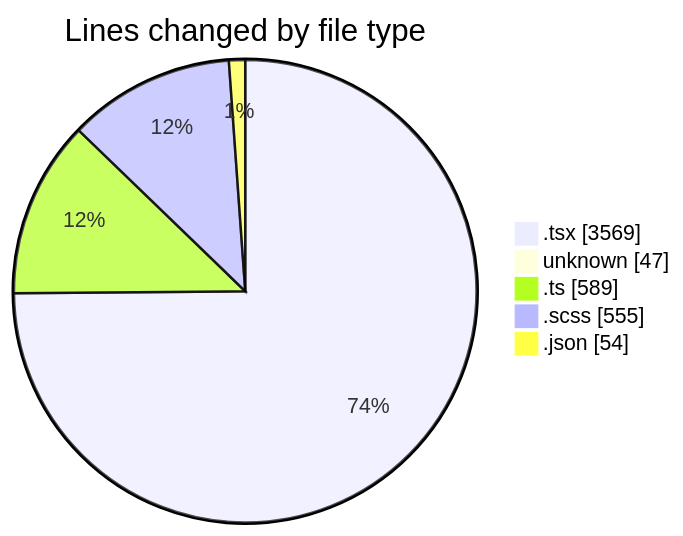
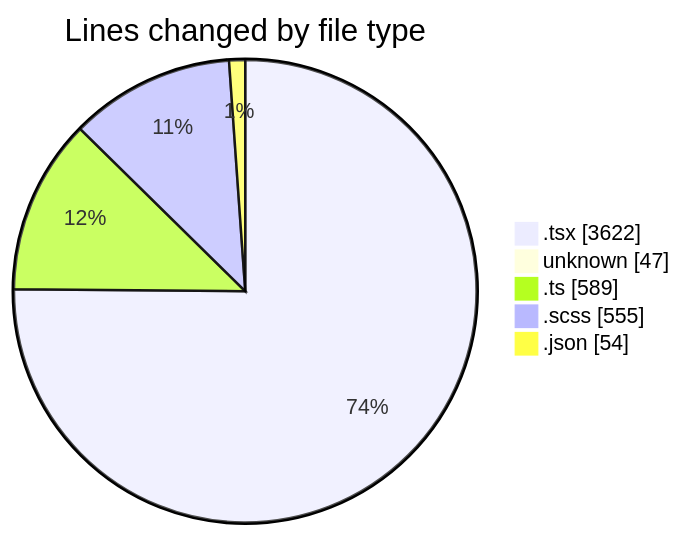
One commit to momahboobian/code-tracking changed the first of 2 diagrams in 2025-09-18/cda/README.md. Above: the diagram before and after it, drawn with Mermaid. The commit also changed other lines of this file and 1 other file, not shown here.

````diff
--- a/2025-09-18/cda/README.md
+++ b/2025-09-18/cda/README.md
@@ -29,9 +29,9 @@
 ```mermaid
 pie showData
 title Lines changed by file type
-".tsx" : 3569
+".tsx" : 3622
 "unknown" : 47
 ".ts" : 589
 ".scss" : 555
 ".json" : 54
 ```
````
